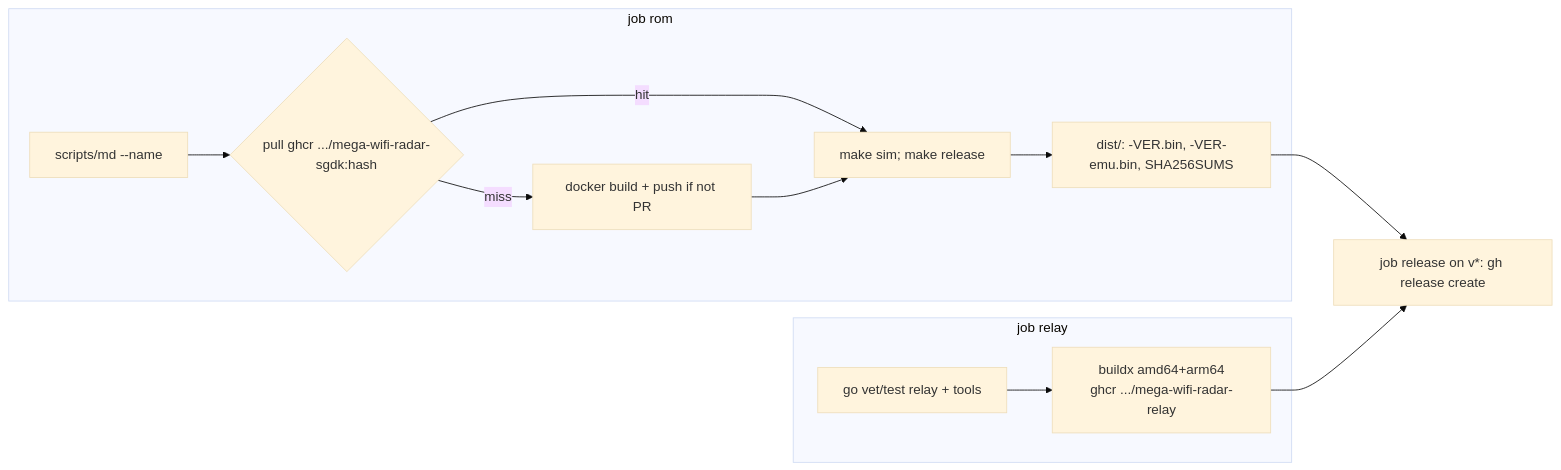
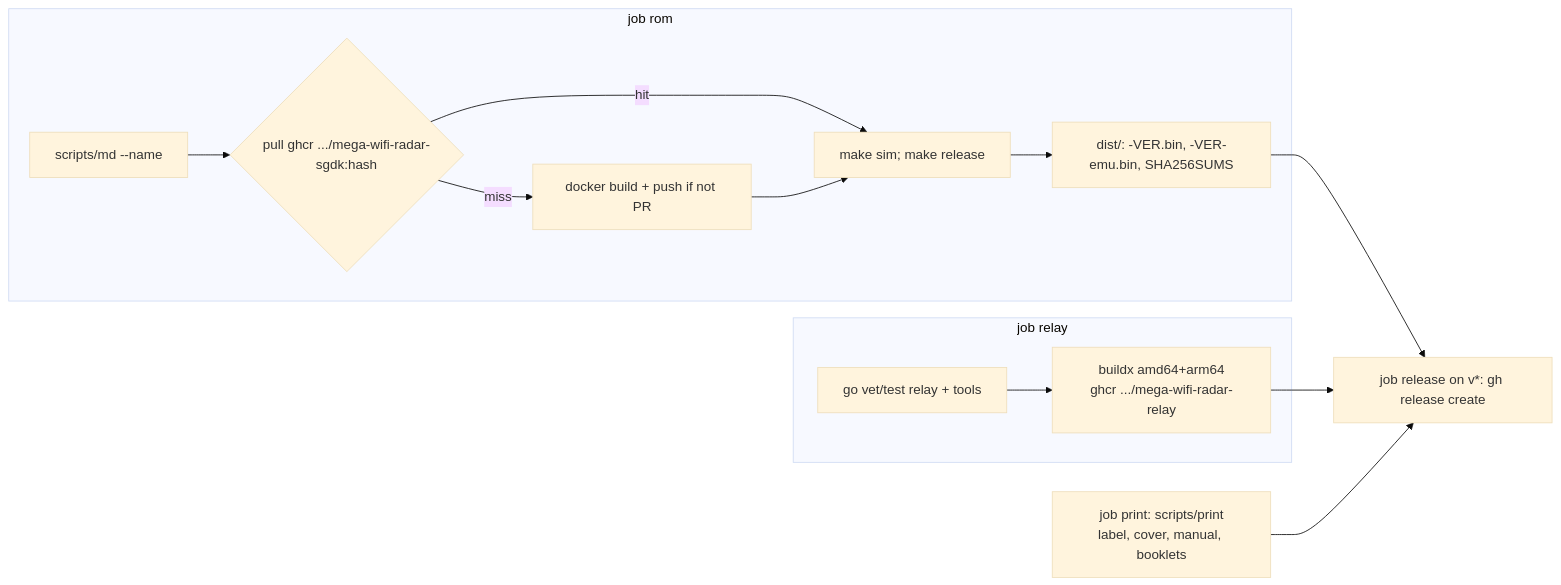
The diagram in lode/build/ci-release.md (jfryman/mega-wifi-radar), drawn with Mermaid (base theme) before and after one commit. The commit also changed other lines of this file and 59 other files, not shown here.

First line of the commit message:
Print assets: cartridge label, clamshell cover and manual (Typst)

````diff
--- a/lode/build/ci-release.md
+++ b/lode/build/ci-release.md
@@ -7,14 +7,15 @@
 ```mermaid
 flowchart LR
   subgraph rom[job rom]
     N[scripts/md --name] --> P{pull ghcr .../mega-wifi-radar-sgdk:hash}
     P -- miss --> B[docker build + push if not PR]
     P -- hit --> M
     B --> M[make sim; make release] --> D[dist/: -VER.bin, -VER-emu.bin, SHA256SUMS]
   end
   subgraph relay[job relay]
     T[go vet/test relay + tools] --> X[buildx amd64+arm64<br/>ghcr .../mega-wifi-radar-relay]
   end
   D --> R[job release on v*: gh release create]
   X --> R
+  PR[job print: scripts/print<br/>label, cover, manual, booklets] --> R
 ```
````
